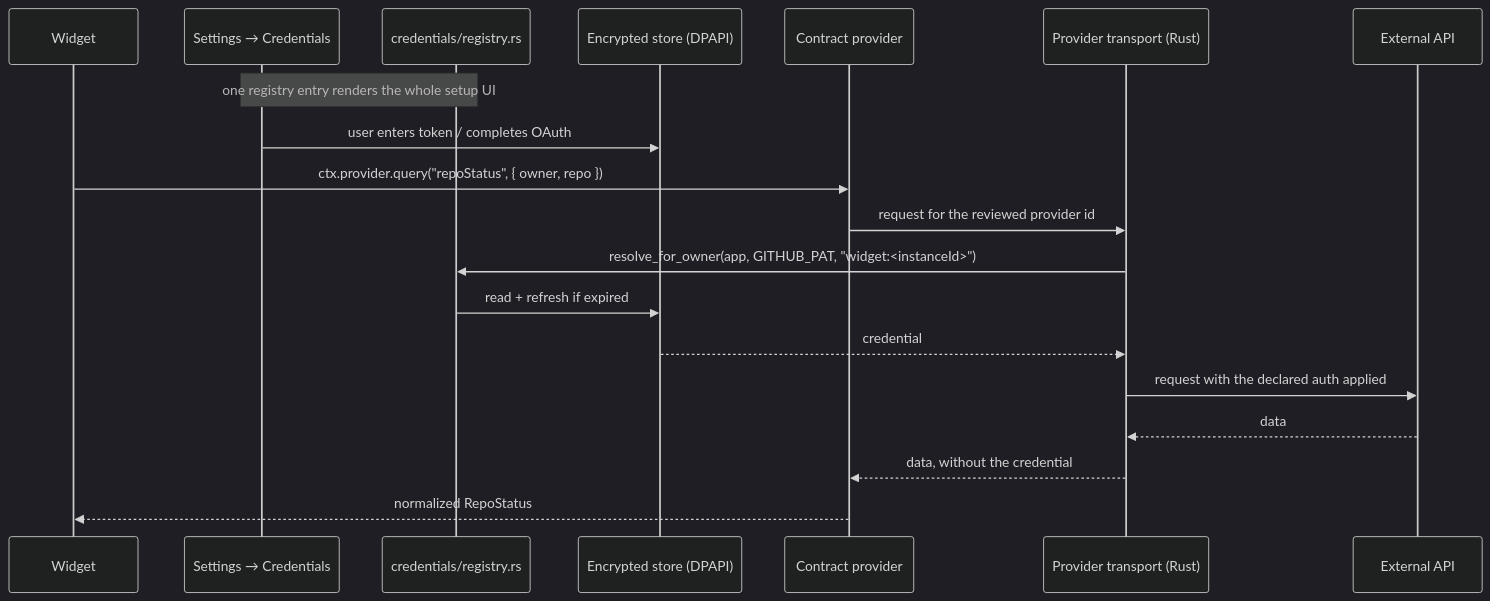
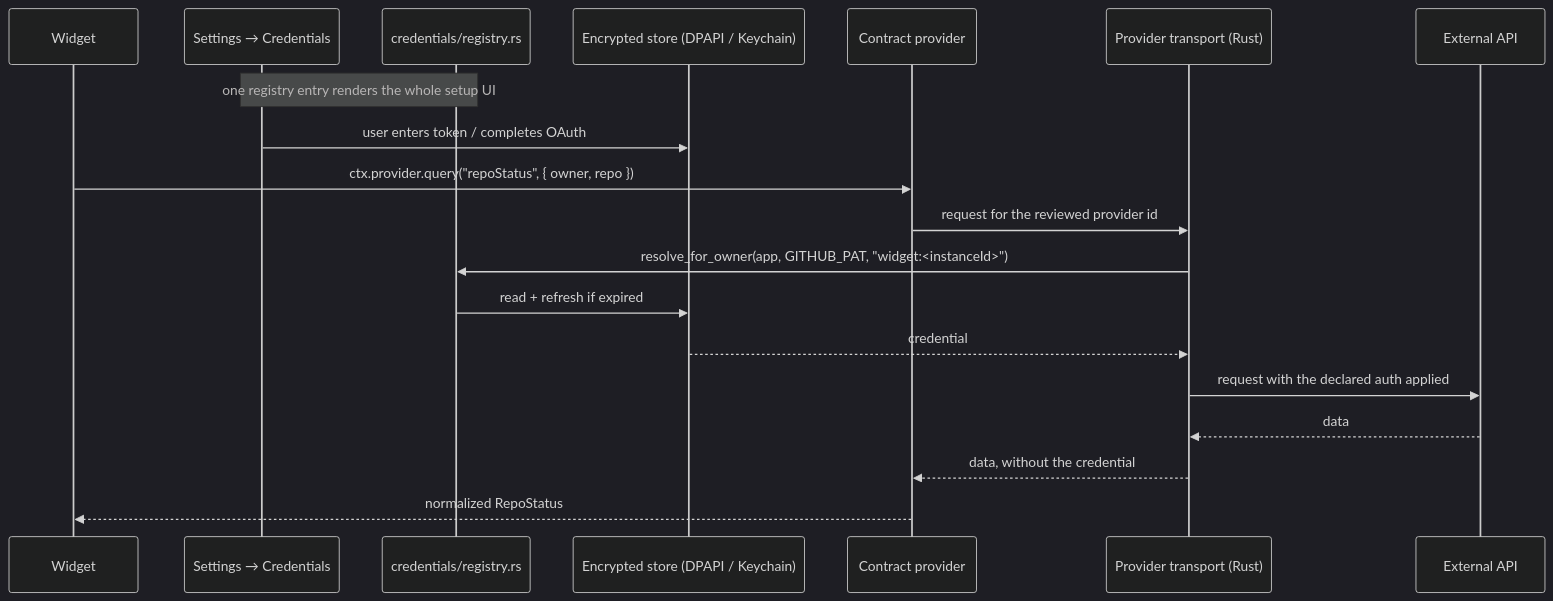
The sixth of 6 diagrams in docs/architecture.md (kavibay/kavibay), drawn with Mermaid (dark theme) before and after one commit. The commit also changed other lines of this file and 13 other files, not shown here.

````diff
--- a/docs/architecture.md
+++ b/docs/architecture.md
@@ -386,22 +386,22 @@
 ```mermaid
 sequenceDiagram
     participant W as Widget
     participant Set as Settings → Credentials
     participant Reg as credentials/registry.rs
-    participant Store as Encrypted store (DPAPI)
+    participant Store as Encrypted store (DPAPI / Keychain)
     participant P as Contract provider
     participant Mod as Provider transport (Rust)
     participant API as External API
 
     Note over Reg,Set: one registry entry renders the whole setup UI
     Set->>Store: user enters token / completes OAuth
     W->>P: ctx.provider.query("repoStatus", { owner, repo })
     P->>Mod: request for the reviewed provider id
     Mod->>Reg: resolve_for_owner(app, GITHUB_PAT, "widget:<instanceId>")
     Reg->>Store: read + refresh if expired
     Store-->>Mod: credential
     Mod->>API: request with the declared auth applied
     API-->>Mod: data
     Mod-->>P: data, without the credential
     P-->>W: normalized RepoStatus
 ```
````
